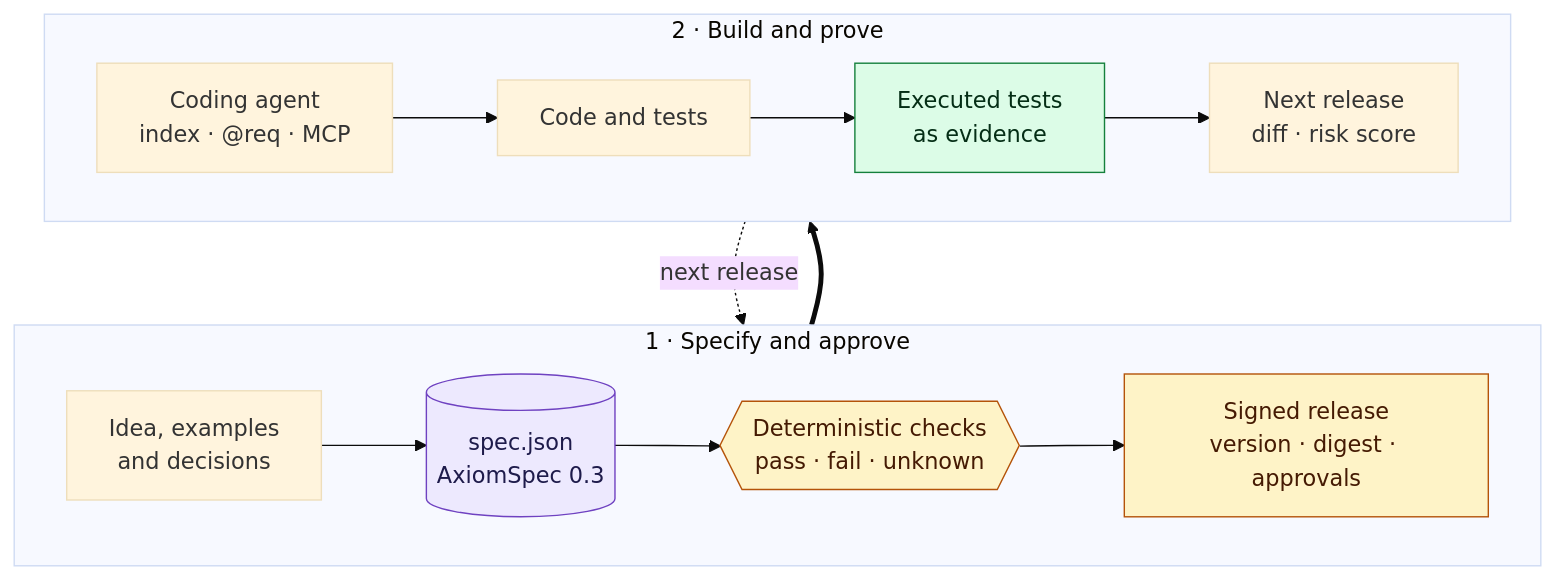
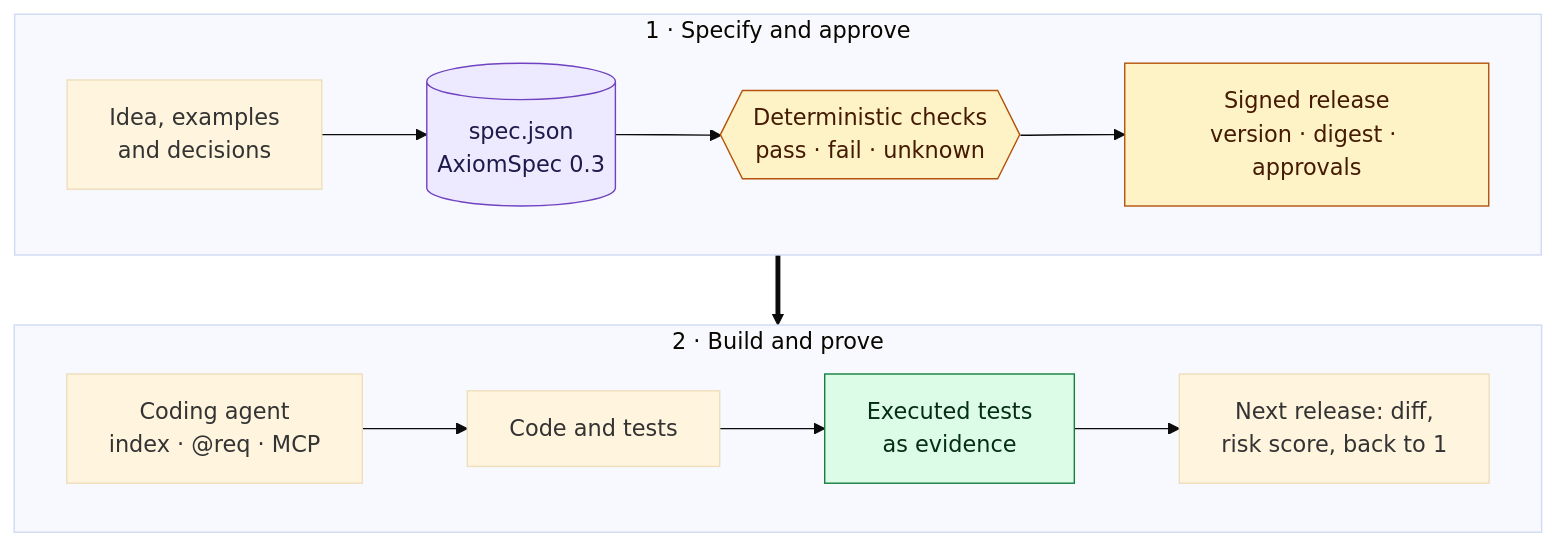
Before and after one commit to OualidGuennif/aeion-framework: the diagram in README.md, drawn with Mermaid (base theme).

Commit message:
README: put the specify row above the build row

````diff
--- a/README.md
+++ b/README.md
@@ -17,24 +17,23 @@
 ```mermaid
 flowchart TB
   subgraph specify ["1 · Specify and approve"]
     direction LR
     idea["Idea, examples<br/>and decisions"] --> spec[("spec.json<br/>AxiomSpec 0.3")]
     spec --> checks{{"Deterministic checks<br/>pass · fail · unknown"}}
     checks --> release["Signed release<br/>version · digest · approvals"]
   end
   subgraph build ["2 · Build and prove"]
     direction LR
     agent["Coding agent<br/>index · @req · MCP"] --> code["Code and tests"]
     code --> evidence["Executed tests<br/>as evidence"]
-    evidence --> next["Next release<br/>diff · risk score"]
+    evidence --> next["Next release: diff,<br/>risk score, back to 1"]
   end
   specify ==> build
-  build -. "next release" .-> specify
 
   classDef source fill:#ede9fe,stroke:#6f42c1,color:#1e1b4b
   classDef gate fill:#fef3c7,stroke:#b45309,color:#451a03
   classDef proof fill:#dcfce7,stroke:#15803d,color:#052e16
   class spec source
   class checks,release gate
   class evidence proof
 ```
````
